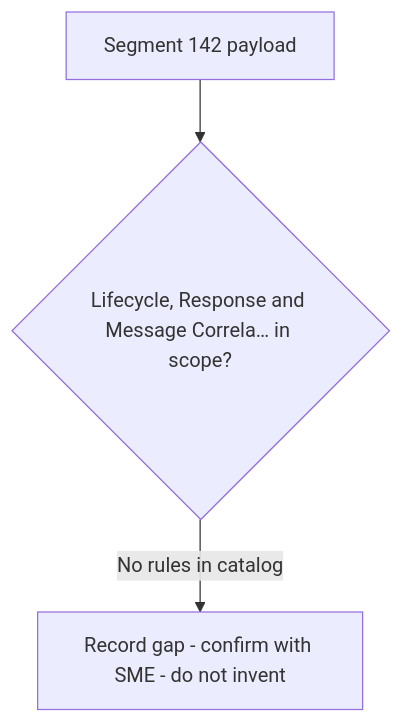
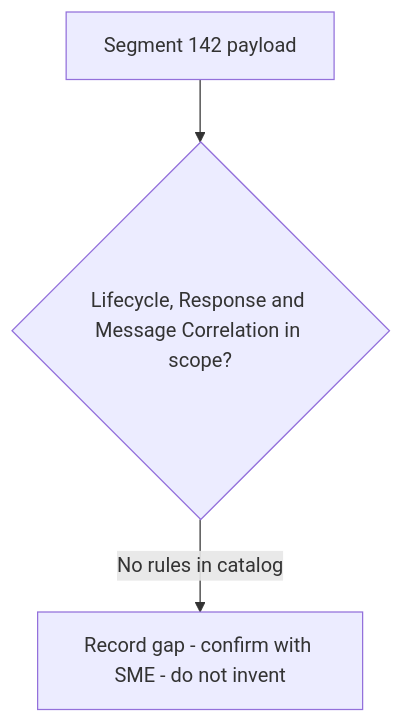
One commit to DhanSingh-hub/core-auth-ai-validation-framework changed the diagram in regression-artifact-validator/specifications/ATL105/docs/specs/kb/segment-142/lifecycle-response-correlation-flow.md. Above: the diagram before and after it, drawn with Mermaid. The commit also changed 150 other files, not shown here.

````diff
--- a/regression-artifact-validator/specifications/ATL105/docs/specs/kb/segment-142/lifecycle-response-correlation-flow.md
+++ b/regression-artifact-validator/specifications/ATL105/docs/specs/kb/segment-142/lifecycle-response-correlation-flow.md
@@ -3,5 +3,5 @@
 ```mermaid
 flowchart TD
-    A[Segment 142 payload] --> B{Lifecycle, Response and Message Correla… in scope?}
+    A[Segment 142 payload] --> B{Lifecycle, Response and Message Correlation in scope?}
     B -->|No rules in catalog| G[Record gap - confirm with SME - do not invent]
 ```
````
